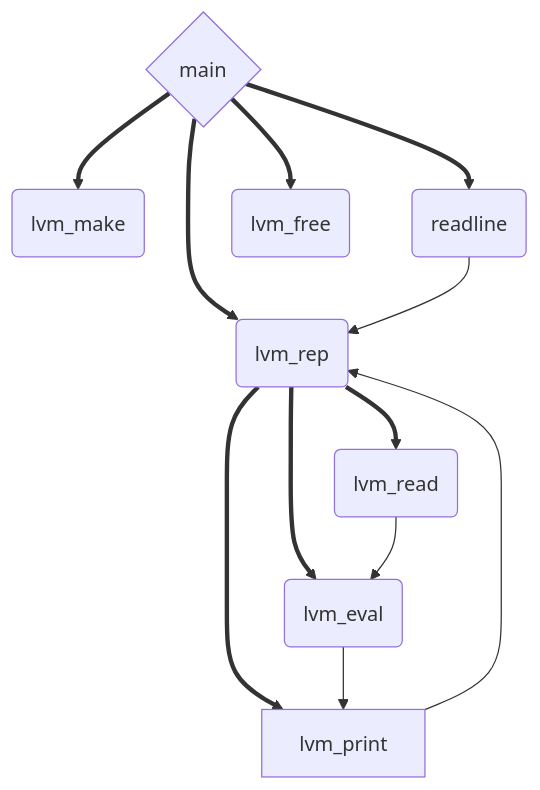
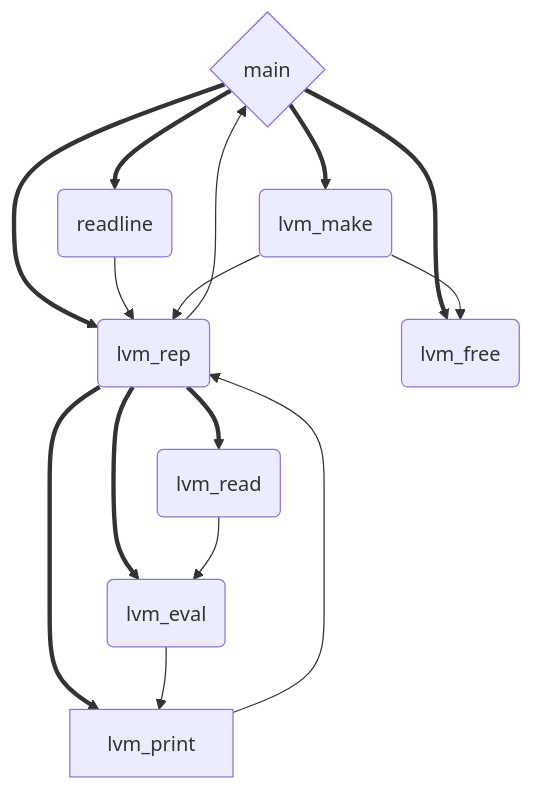
The diagram in mal_00.md (Aegwenia/aegwenia.github.io), drawn with Mermaid before and after one commit. The commit also changed other lines of this file, not shown here.

Commit message:
Editing diagram, but will be probably deleted.

````diff
--- a/mal_00.md
+++ b/mal_00.md
@@ -7,15 +9,18 @@
 ```mermaid
 graph TD;
   main{main}==>lvm_make(lvm_make);
   main==>lvm_rep(lvm_rep);
   main==>readline(readline);
   main==>lvm_free(lvm_free);
   lvm_rep==>lvm_read(lvm_read);
   lvm_rep==>lvm_eval(lvm_eval);
   lvm_rep==>lvm_print;
   lvm_read-->lvm_eval;
   lvm_eval-->lvm_print;
   lvm_print-->lvm_rep;
   readline-->lvm_rep;
-
+  lvm_rep-->main;
+  lvm_make-->lvm_rep;
+  lvm_make-->lvm_free;
+  
 ```
````
